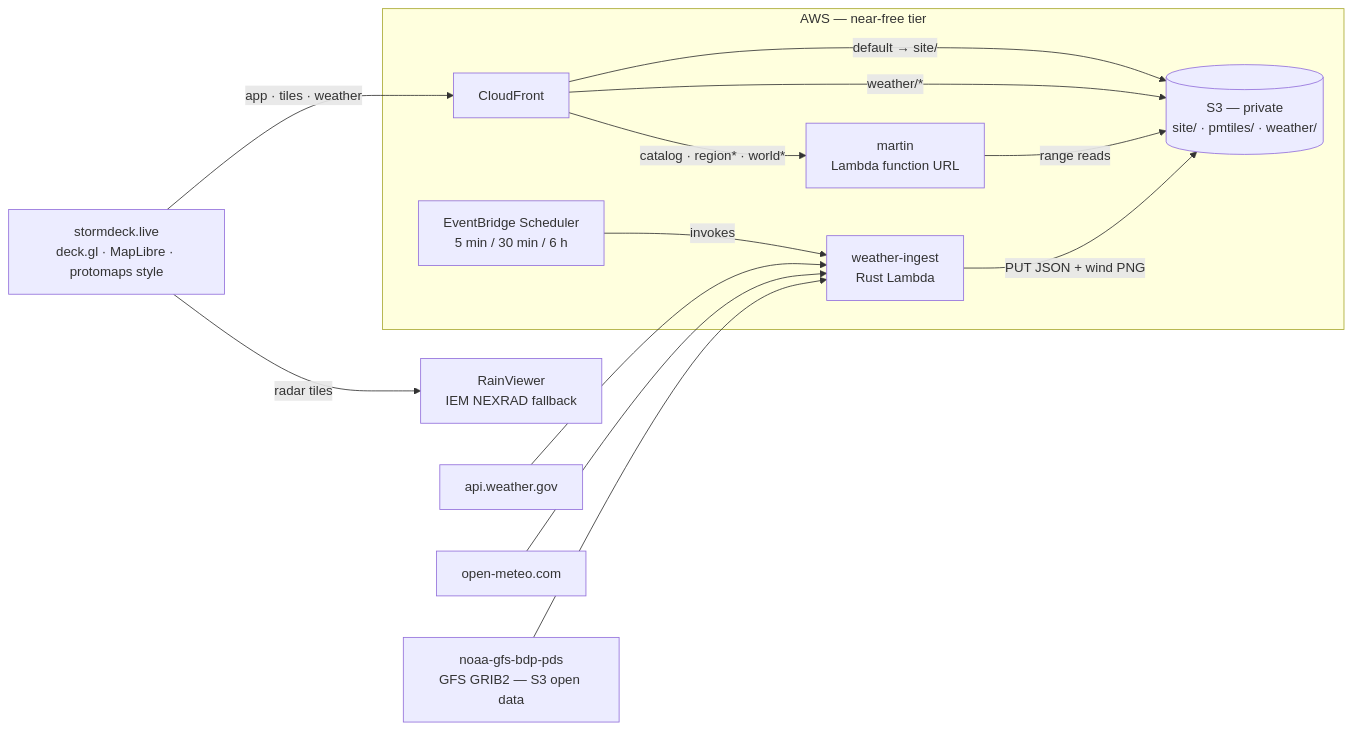
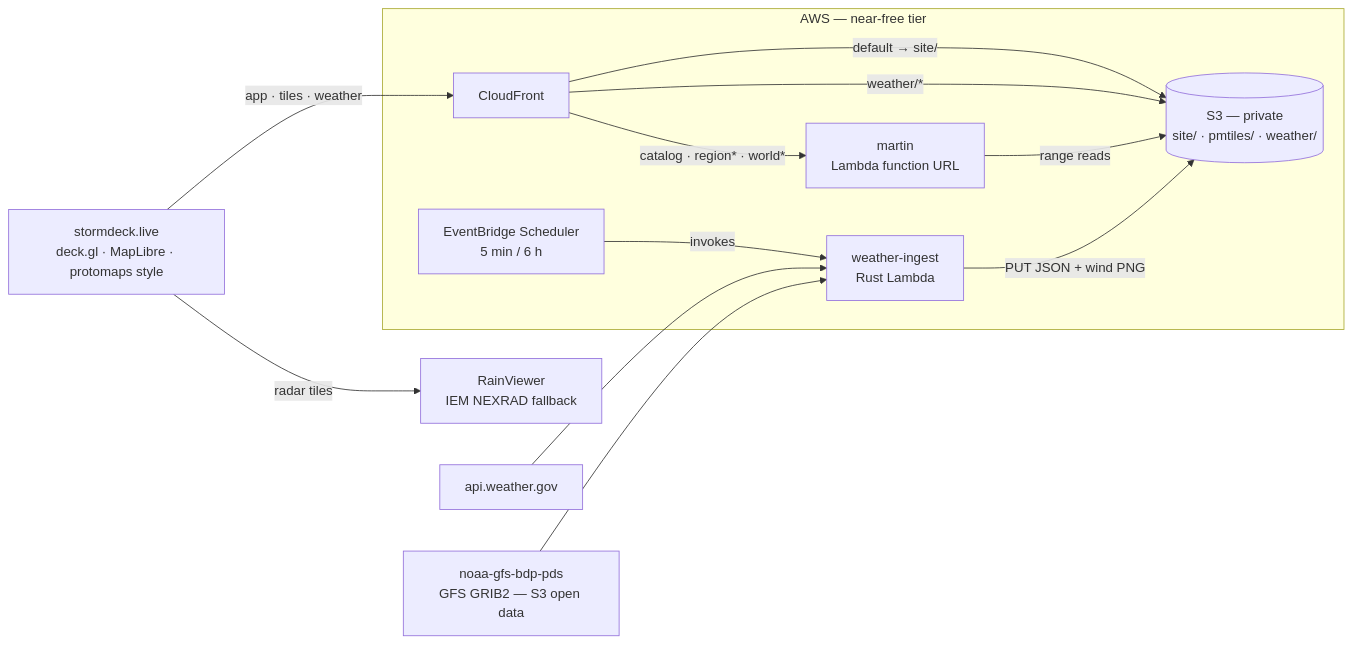
Before and after one commit to johncarmack1984/stormdeck: the diagram in README.md, drawn with Mermaid. The commit also changed other lines of this file and 12 other files, not shown here.

````diff
--- a/README.md
+++ b/README.md
@@ -11,29 +11,27 @@
 ```mermaid
 flowchart LR
     viewer["stormdeck.live<br/>deck.gl · MapLibre · protomaps style"]
 
     subgraph aws["AWS — near-free tier"]
         cdn["CloudFront"]
         martin["martin<br/>Lambda function URL"]
         bucket[("S3 — private<br/>site/ · pmtiles/ · weather/")]
         ingest["weather-ingest<br/>Rust Lambda"]
-        sched["EventBridge Scheduler<br/>5 min / 30 min / 6 h"]
+        sched["EventBridge Scheduler<br/>5 min / 6 h"]
     end
 
     nws["api.weather.gov"]
-    meteo["open-meteo.com"]
     gfs["noaa-gfs-bdp-pds<br/>GFS GRIB2 — S3 open data"]
     radar["RainViewer<br/>IEM NEXRAD fallback"]
 
     viewer -->|"app · tiles · weather"| cdn
     viewer -->|"radar tiles"| radar
     cdn -->|"default → site/"| bucket
     cdn -->|"catalog · region* · world*"| martin
     cdn -->|"weather/*"| bucket
     martin -->|"range reads"| bucket
     sched -->|"invokes"| ingest
     nws --> ingest
-    meteo --> ingest
     gfs --> ingest
     ingest -->|"PUT JSON + wind PNG"| bucket
 ```
````
